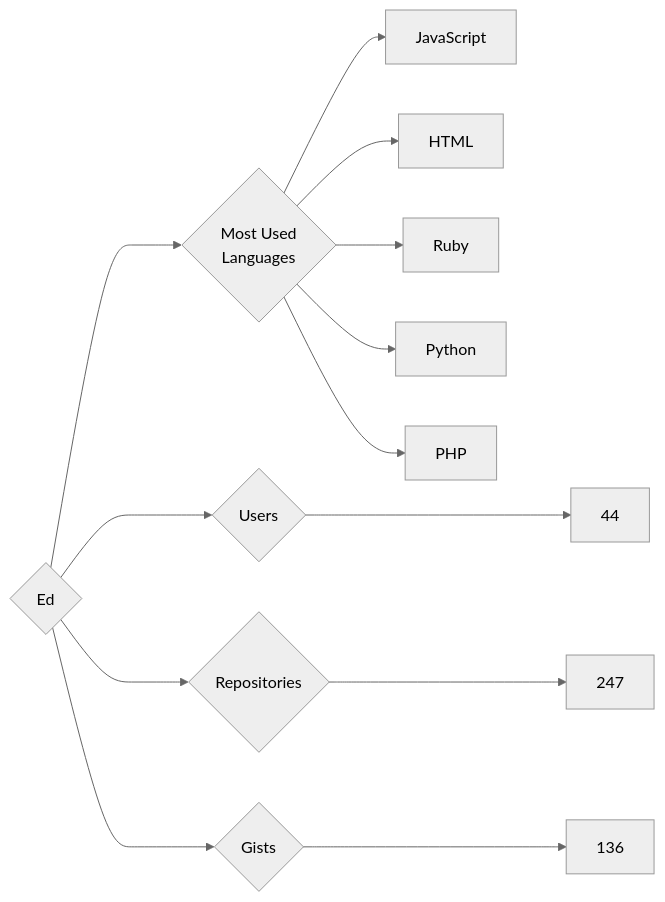
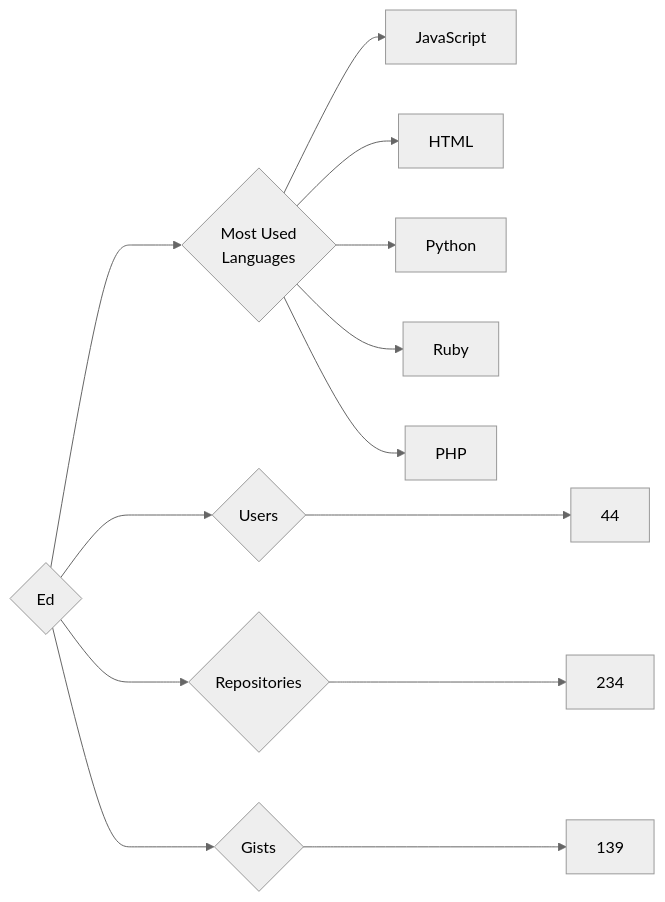
One commit to trickest/insiders changed the diagram in targets/Ed/README.md. Above: the diagram before and after it, drawn with Mermaid (neutral theme). The commit also changed 714 other files, not shown here.

````diff
--- a/targets/Ed/README.md
+++ b/targets/Ed/README.md
@@ -3,13 +3,13 @@
 ```mermaid
 graph LR
 COMPANY_NAME{Ed}
 COMPANY_NAME ---> U{Users} ---> UN[44]
-COMPANY_NAME ---> R{Repositories} ---> RN[247]
-COMPANY_NAME ---> G{Gists} ---> GN[136]
+COMPANY_NAME ---> R{Repositories} ---> RN[234]
+COMPANY_NAME ---> G{Gists} ---> GN[139]
 COMPANY_NAME ---> ML{Most Used<br>Languages}
 ML --> JavaScript[JavaScript]
 ML --> HTML[HTML]
+ML --> Python[Python]
 ML --> Ruby[Ruby]
-ML --> Python[Python]
 ML --> PHP[PHP]
 ```
````
